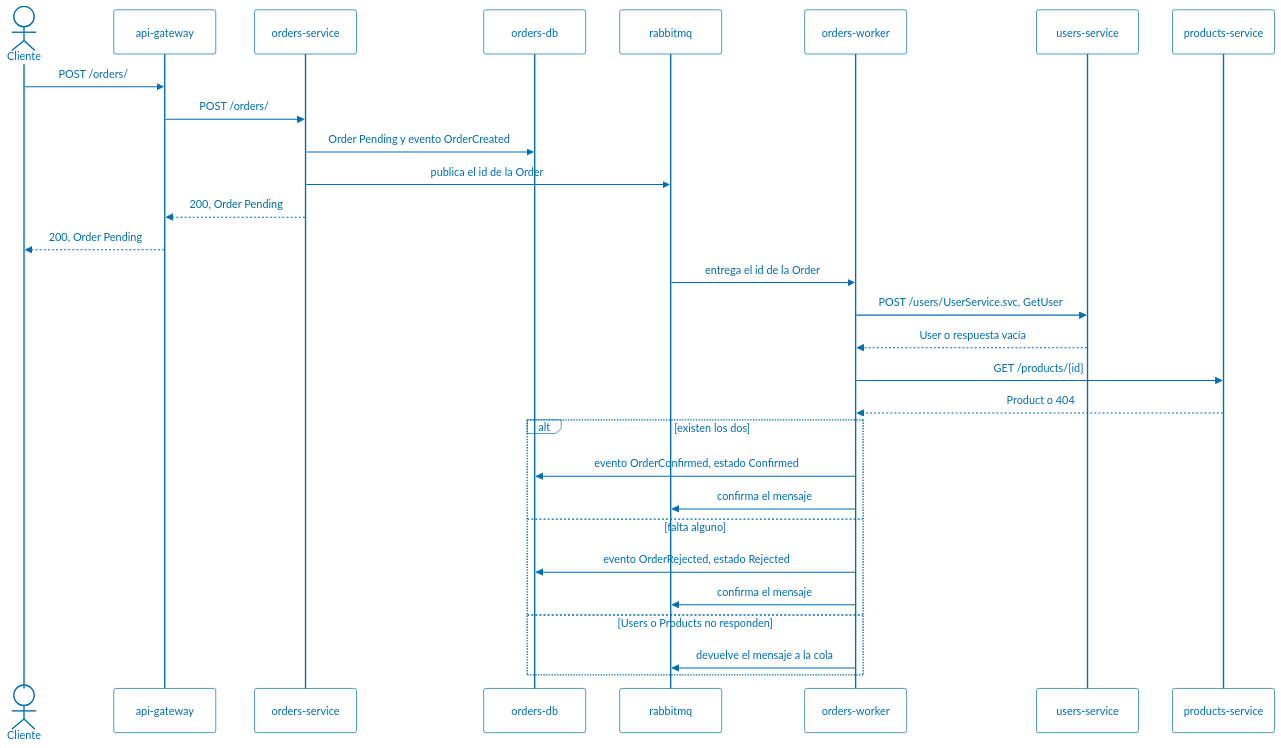
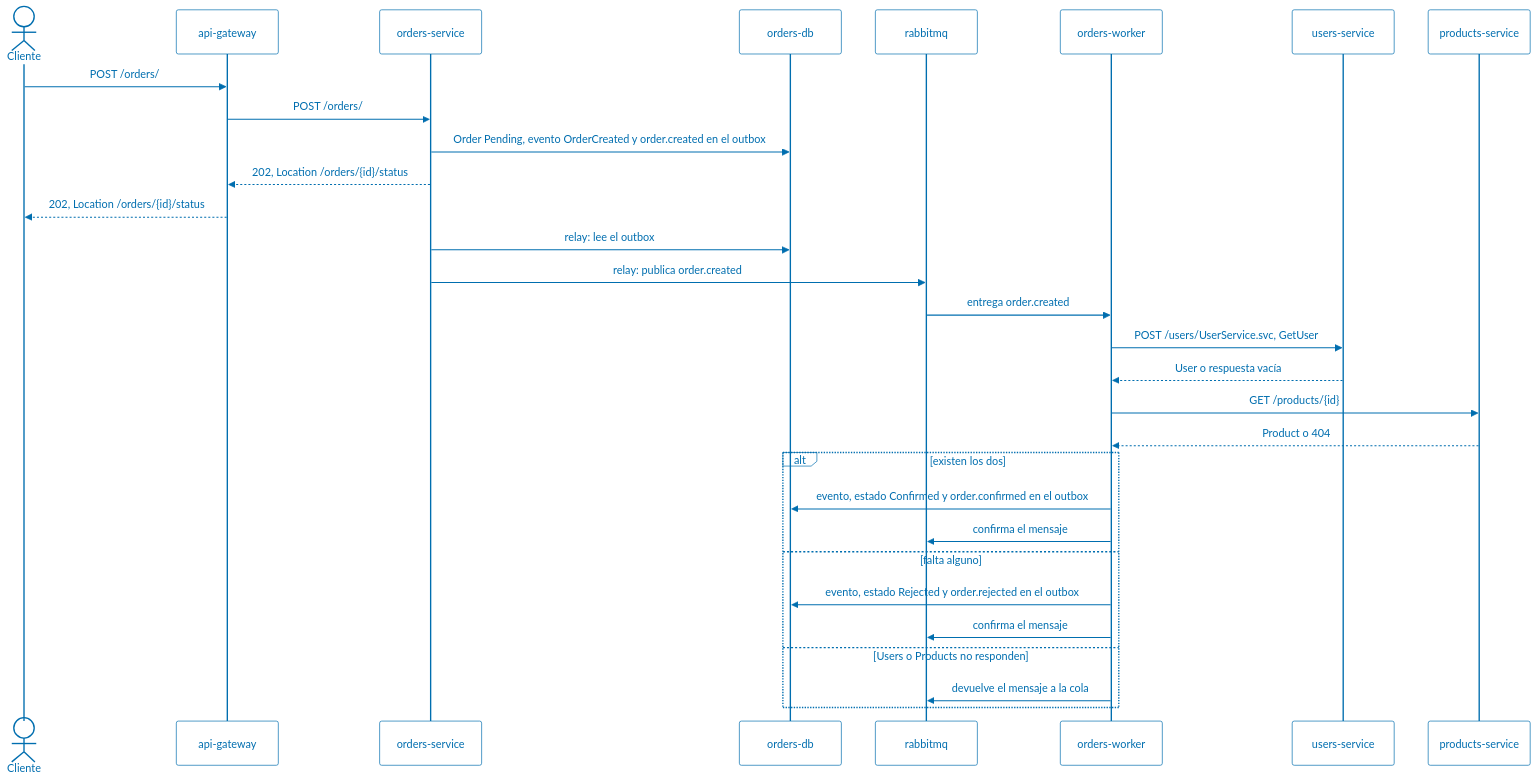
The second of 3 diagrams in ARCHITECTURE.md (ucudal/ANDIS2_UT4_DEMO1), drawn with Mermaid before and after one commit. The commit also changed other lines of this file and 57 other files, not shown here.

````diff
--- a/ARCHITECTURE.md
+++ b/ARCHITECTURE.md
@@ -122,64 +129,65 @@
 ```mermaid
 ---
 config:
   theme: base
   themeVariables:
     fontSize: 14px
     background: transparent
     mainBkg: transparent
     secondaryColor: transparent
     tertiaryColor: transparent
     clusterBkg: transparent
     clusterBorder: '#006EAF'
     edgeLabelBackground: transparent
     primaryTextColor: '#006EAF'
     primaryBorderColor: '#006EAF'
     nodeBorder: '#006EAF'
     textColor: '#006EAF'
     titleColor: '#006EAF'
     lineColor: '#006EAF'
     actorBkg: transparent
     actorBorder: '#006EAF'
     actorTextColor: '#006EAF'
     actorLineColor: '#006EAF'
     signalColor: '#006EAF'
     signalTextColor: '#006EAF'
     labelBoxBkgColor: transparent
     labelBoxBorderColor: '#006EAF'
     labelTextColor: '#006EAF'
     loopTextColor: '#006EAF'
     useGradient: false
     dropShadow: false
 ---
 sequenceDiagram
     actor C as Cliente
     participant GW as api-gateway
     participant O as orders-service
     participant ODB as orders-db
     participant MQ as rabbitmq
     participant W as orders-worker
     participant U as users-service
     participant P as products-service
 
     C->>GW: POST /orders/
     GW->>O: POST /orders/
-    O->>ODB: Order Pending y evento OrderCreated
-    O->>MQ: publica el id de la Order
-    O-->>GW: 200, Order Pending
-    GW-->>C: 200, Order Pending
+    O->>ODB: Order Pending, evento OrderCreated y order.created en el outbox
+    O-->>GW: 202, Location /orders/{id}/status
+    GW-->>C: 202, Location /orders/{id}/status
 
-    MQ->>W: entrega el id de la Order
+    O->>ODB: relay: lee el outbox
+    O->>MQ: relay: publica order.created
+    MQ->>W: entrega order.created
     W->>U: POST /users/UserService.svc, GetUser
     U-->>W: User o respuesta vacía
     W->>P: GET /products/{id}
     P-->>W: Product o 404
     alt existen los dos
-        W->>ODB: evento OrderConfirmed, estado Confirmed
+        W->>ODB: evento, estado Confirmed y order.confirmed en el outbox
         W->>MQ: confirma el mensaje
     else falta alguno
-        W->>ODB: evento OrderRejected, estado Rejected
+        W->>ODB: evento, estado Rejected y order.rejected en el outbox
         W->>MQ: confirma el mensaje
     else Users o Products no responden
         W->>MQ: devuelve el mensaje a la cola
     end
 ```
````
